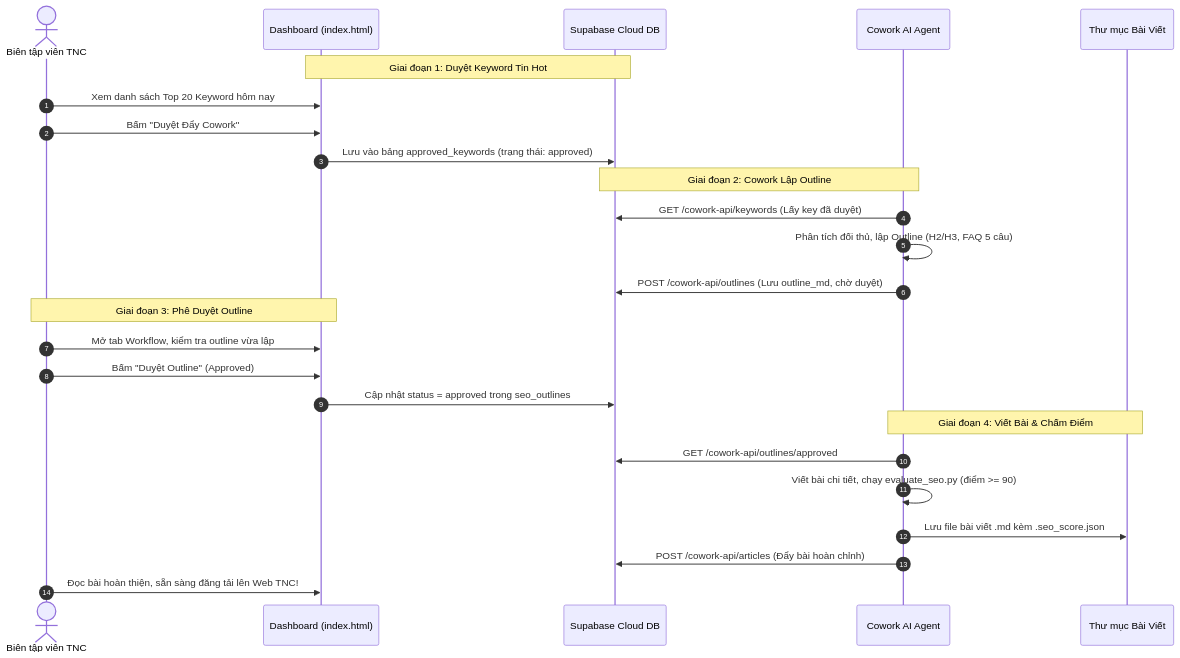
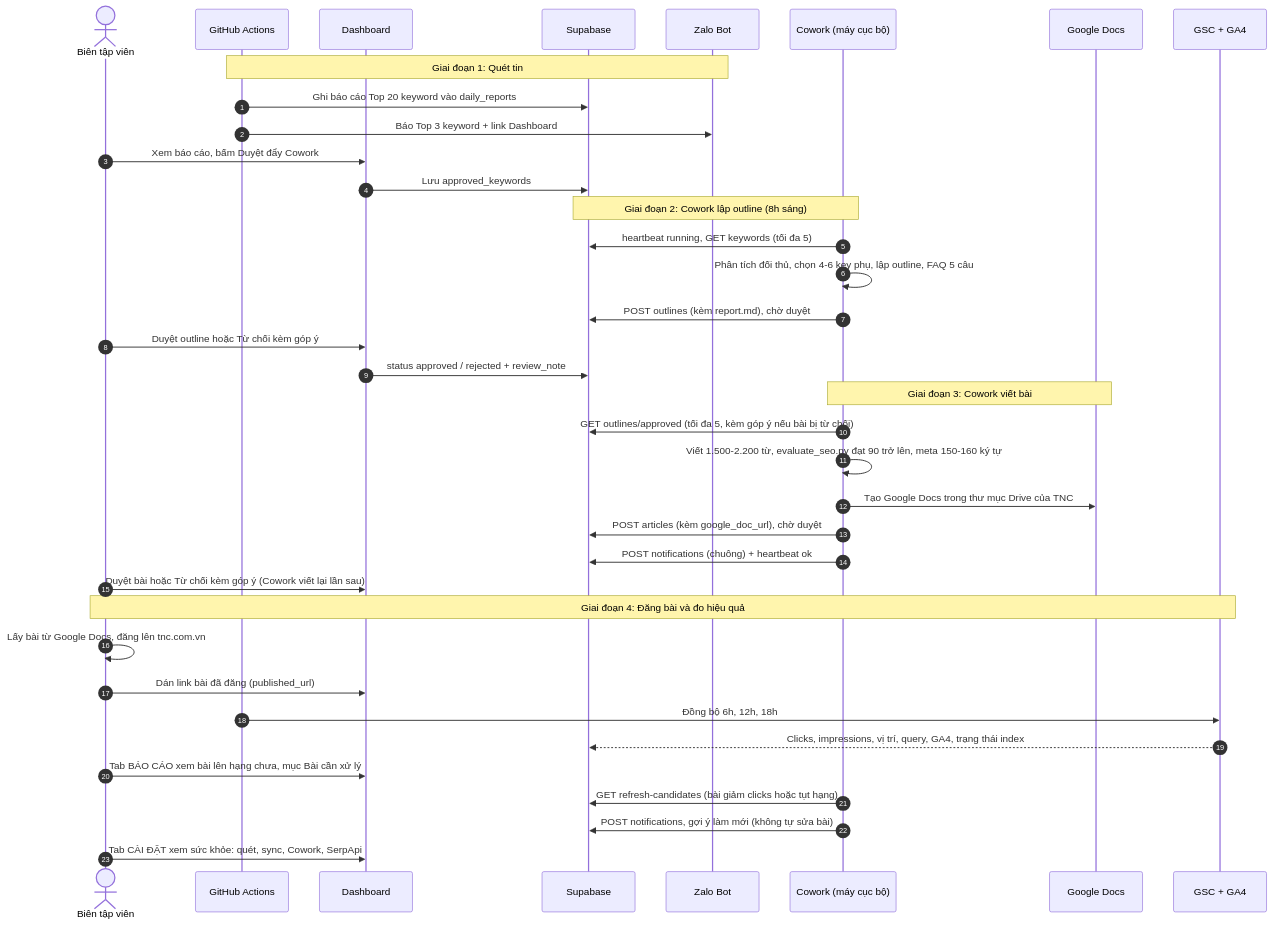
One commit to trantrang674/KEY_TNC changed the second of 2 diagrams in docs/README_SO_DO_HE_THONG.md. Above: the diagram before and after it, drawn with Mermaid. The commit also changed other lines of this file and 9 other files, not shown here.

````diff
--- a/docs/README_SO_DO_HE_THONG.md
+++ b/docs/README_SO_DO_HE_THONG.md
@@ -124,31 +122,43 @@
 ```mermaid
 sequenceDiagram
     autonumber
-    actor Editor as Biên tập viên TNC
-    participant UI as Dashboard (index.html)
-    participant SB as Supabase Cloud DB
-    participant Cowork as Cowork AI Agent
-    participant Output as Thư mục Bài Viết
+    actor Editor as Biên tập viên
+    participant GH as GitHub Actions
+    participant UI as Dashboard
+    participant SB as Supabase
+    participant ZL as Zalo Bot
+    participant CW as Cowork (máy cục bộ)
+    participant GD as Google Docs
+    participant G as GSC + GA4
 
-    Note over UI,SB: Giai đoạn 1: Duyệt Keyword Tin Hot
-    Editor->>UI: Xem danh sách Top 20 Keyword hôm nay
-    Editor->>UI: Bấm "Duyệt Đẩy Cowork"
-    UI->>SB: Lưu vào bảng approved_keywords (trạng thái: approved)
+    Note over GH,ZL: Giai đoạn 1: Quét tin
+    GH->>SB: Ghi báo cáo Top 20 keyword vào daily_reports
+    GH->>ZL: Báo Top 3 keyword + link Dashboard
+    Editor->>UI: Xem báo cáo, bấm Duyệt đẩy Cowork
+    UI->>SB: Lưu approved_keywords
 
-    Note over SB,Cowork: Giai đoạn 2: Cowork Lập Outline
-    Cowork->>SB: GET /cowork-api/keywords (Lấy key đã duyệt)
-    Cowork->>Cowork: Phân tích đối thủ, lập Outline (H2/H3, FAQ 5 câu)
-    Cowork->>SB: POST /cowork-api/outlines (Lưu outline_md, chờ duyệt)
+    Note over CW,SB: Giai đoạn 2: Cowork lập outline (8h sáng)
+    CW->>SB: heartbeat running, GET keywords (tối đa 5)
+    CW->>CW: Phân tích đối thủ, chọn 4-6 key phụ, lập outline, FAQ 5 câu
+    CW->>SB: POST outlines (kèm report.md), chờ duyệt
+    Editor->>UI: Duyệt outline hoặc Từ chối kèm góp ý
+    UI->>SB: status approved / rejected + review_note
 
-    Note over Editor,UI: Giai đoạn 3: Phê Duyệt Outline
-    Editor->>UI: Mở tab Workflow, kiểm tra outline vừa lập
-    Editor->>UI: Bấm "Duyệt Outline" (Approved)
-    UI->>SB: Cập nhật status = approved trong seo_outlines
+    Note over CW,GD: Giai đoạn 3: Cowork viết bài
+    CW->>SB: GET outlines/approved (tối đa 5, kèm góp ý nếu bài bị từ chối)
+    CW->>CW: Viết 1.500-2.200 từ, evaluate_seo.py đạt 90 trở lên, meta 150-160 ký tự
+    CW->>GD: Tạo Google Docs trong thư mục Drive của TNC
+    CW->>SB: POST articles (kèm google_doc_url), chờ duyệt
+    CW->>SB: POST notifications (chuông) + heartbeat ok
+    Editor->>UI: Duyệt bài hoặc Từ chối kèm góp ý (Cowork viết lại lần sau)
 
-    Note over Cowork,Output: Giai đoạn 4: Viết Bài & Chấm Điểm
-    Cowork->>SB: GET /cowork-api/outlines/approved
-    Cowork->>Cowork: Viết bài chi tiết, chạy evaluate_seo.py (điểm >= 90)
-    Cowork->>Output: Lưu file bài viết .md kèm .seo_score.json
-    Cowork->>SB: POST /cowork-api/articles (Đẩy bài hoàn chỉnh)
-    Editor->>UI: Đọc bài hoàn thiện, sẵn sàng đăng tải lên Web TNC!
+    Note over Editor,G: Giai đoạn 4: Đăng bài và đo hiệu quả
+    Editor->>Editor: Lấy bài từ Google Docs, đăng lên tnc.com.vn
+    Editor->>UI: Dán link bài đã đăng (published_url)
+    GH->>G: Đồng bộ 6h, 12h, 18h
+    G-->>SB: Clicks, impressions, vị trí, query, GA4, trạng thái index
+    Editor->>UI: Tab BÁO CÁO xem bài lên hạng chưa, mục Bài cần xử lý
+    CW->>SB: GET refresh-candidates (bài giảm clicks hoặc tụt hạng)
+    CW->>SB: POST notifications, gợi ý làm mới (không tự sửa bài)
+    Editor->>UI: Tab CÀI ĐẶT xem sức khỏe: quét, sync, Cowork, SerpApi
 ```
````
